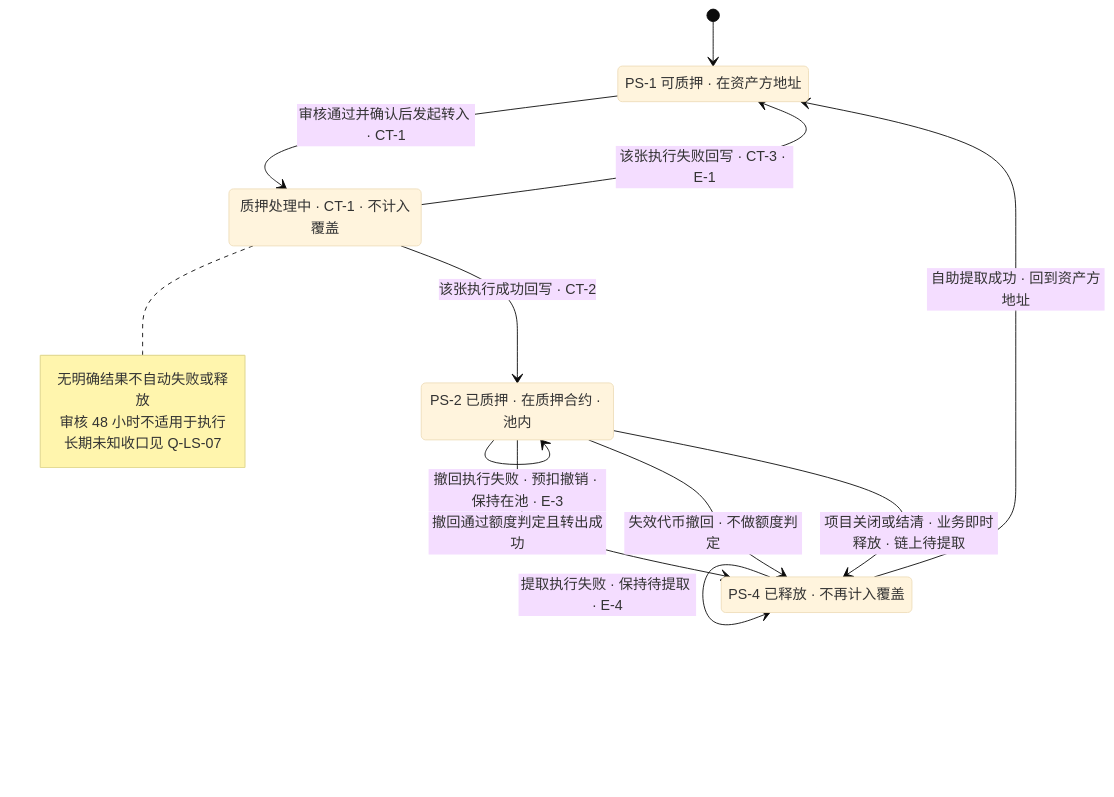
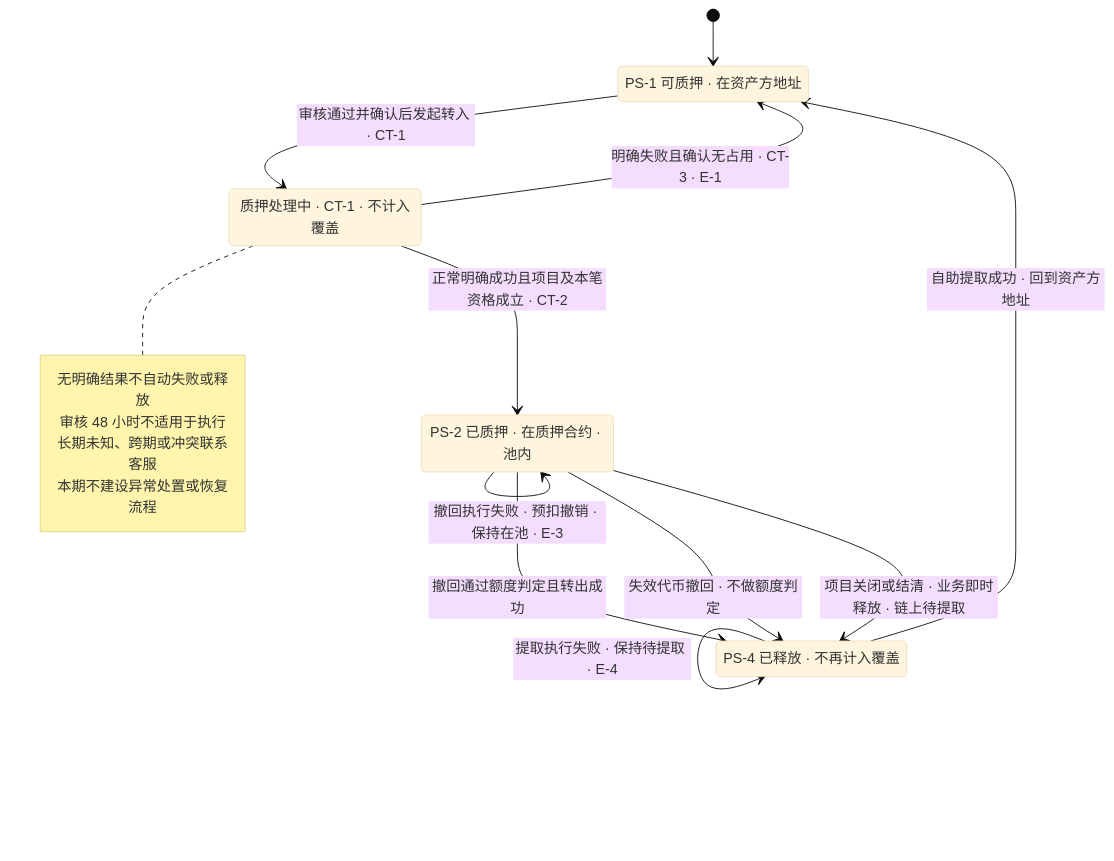
One commit to wxblockchain/Chain-Financing changed the ninth of 10 diagrams in lending-platform/PRD/v1.0-借贷广场-融资需求与代币质押/v1.0-借贷广场-融资需求与代币质押-流程图与状态机.md. Above: the diagram before and after it, drawn with Mermaid (base theme). The commit also changed other lines of this file and 4 other files, not shown here.

````diff
--- a/lending-platform/PRD/v1.0-借贷广场-融资需求与代币质押/v1.0-借贷广场-融资需求与代币质押-流程图与状态机.md
+++ b/lending-platform/PRD/v1.0-借贷广场-融资需求与代币质押/v1.0-借贷广场-融资需求与代币质押-流程图与状态机.md
@@ -240,22 +255,23 @@
 ```mermaid
 stateDiagram-v2
   PS_1: PS-1 可质押 · 在资产方地址
   PS_2: PS-2 已质押 · 在质押合约 · 池内
   PS_4: PS-4 已释放 · 不再计入覆盖
   PROC: 质押处理中 · CT-1 · 不计入覆盖
   [*] --> PS_1
   PS_1 --> PROC: 审核通过并确认后发起转入 · CT-1
-  PROC --> PS_2: 该张执行成功回写 · CT-2
-  PROC --> PS_1: 该张执行失败回写 · CT-3 · E-1
+  PROC --> PS_2: 正常明确成功且项目及本笔资格成立 · CT-2
+  PROC --> PS_1: 明确失败且确认无占用 · CT-3 · E-1
   note right of PROC
     无明确结果不自动失败或释放
     审核 48 小时不适用于执行
-    长期未知收口见 Q-LS-07
+    长期未知、跨期或冲突联系客服
+    本期不建设异常处置或恢复流程
   end note
   PS_2 --> PS_4: 撤回通过额度判定且转出成功
   PS_2 --> PS_4: 失效代币撤回 · 不做额度判定
   PS_2 --> PS_4: 项目关闭或结清 · 业务即时释放 · 链上待提取
   PS_2 --> PS_2: 撤回执行失败 · 预扣撤销 · 保持在池 · E-3
   PS_4 --> PS_1: 自助提取成功 · 回到资产方地址
   PS_4 --> PS_4: 提取执行失败 · 保持待提取 · E-4
 ```
````
